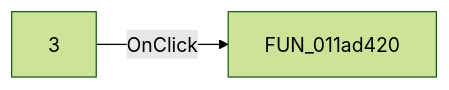
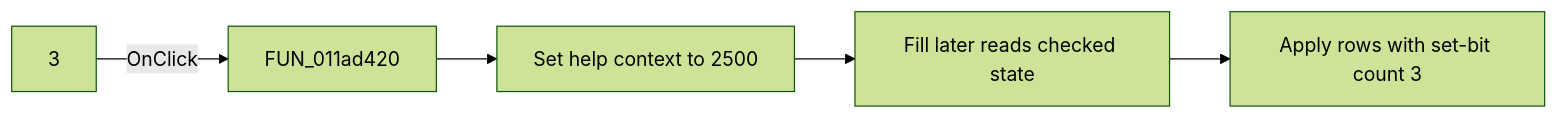
Before and after one commit to MovGP0/TIARA: the diagram in docs/ui-controls/tables-form/checkbox4-f566986a6c.md, drawn with Mermaid (forest theme). The commit also changed other lines of this file and 387 other files, not shown here.

````diff
--- a/docs/ui-controls/tables-form/checkbox4-f566986a6c.md
+++ b/docs/ui-controls/tables-form/checkbox4-f566986a6c.md
@@ -27,4 +27,7 @@
 ```mermaid
 flowchart LR
     control["3"] -->|OnClick| handler["FUN_011ad420"]
+    handler --> topic["Set help context to 2500"]
+    topic --> fill["Fill later reads checked state"]
+    fill --> rows["Apply rows with set-bit count 3"]
 ```
````
